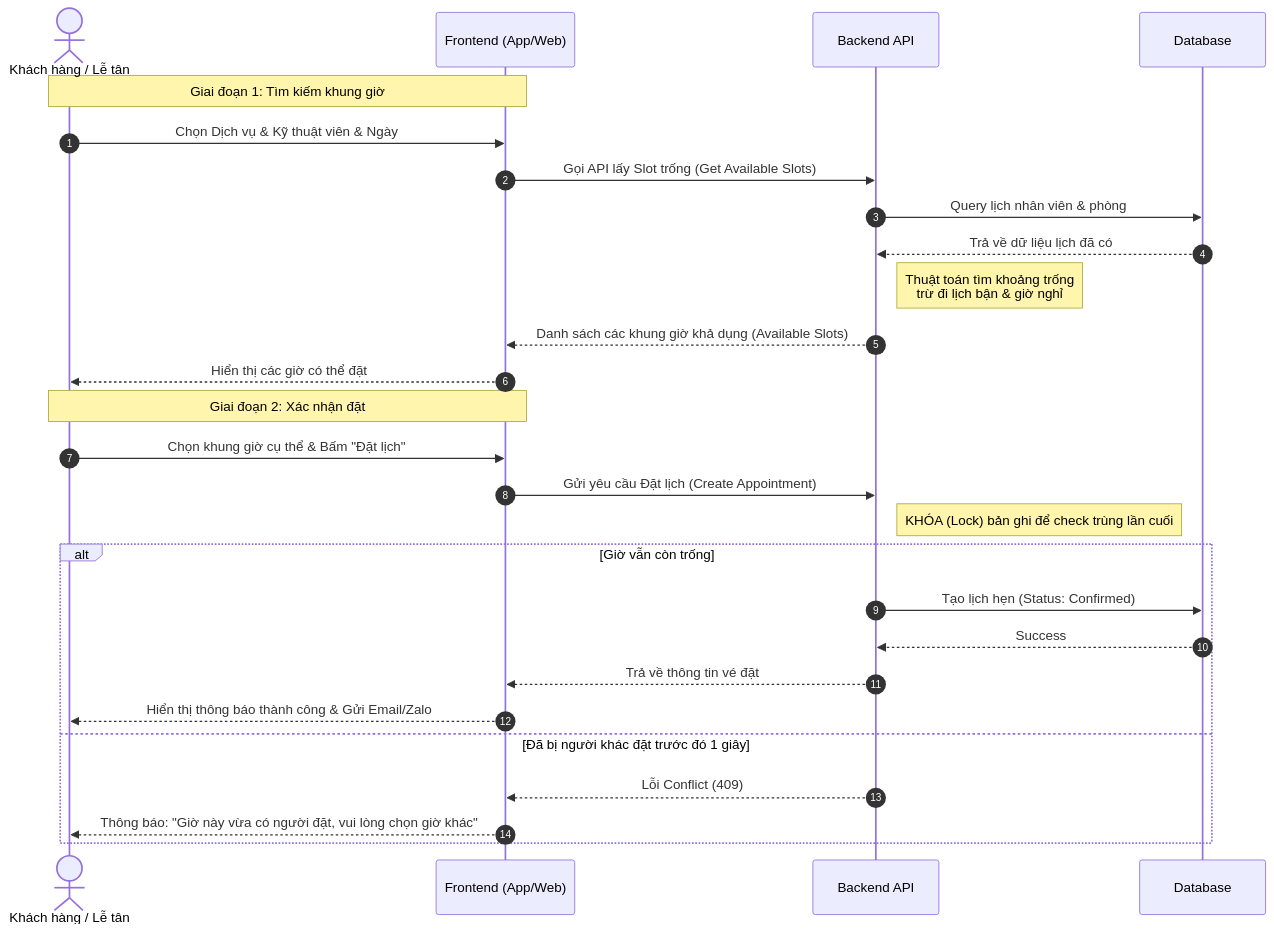
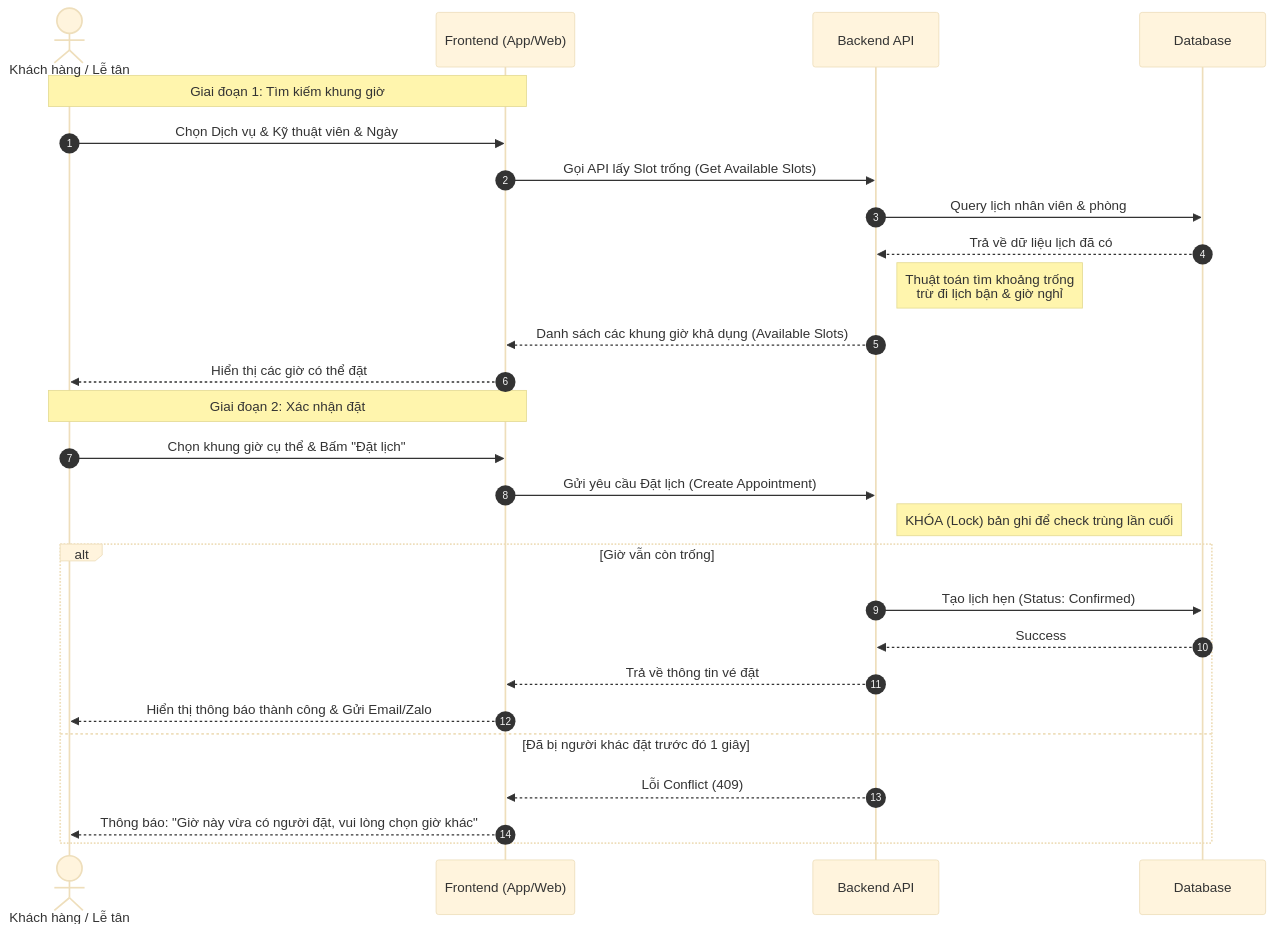
Before and after one commit to ngoctinn/Synapse: the first of 3 diagrams in docs/design/sequence_diagrams.md, drawn with Mermaid. The commit also changed other lines of this file, not shown here.

Commit message:
docs: Add sequence diagrams design document.

````diff
--- a/docs/design/sequence_diagrams.md
+++ b/docs/design/sequence_diagrams.md
@@ -8,37 +8,38 @@
 ```mermaid
+%%{init: {'theme': 'base', 'themeVariables': { 'fontFamily': 'Times New Roman'}}}%%
 sequenceDiagram
     autonumber
     actor User as Khách hàng / Lễ tân
     participant FE as Frontend (App/Web)
     participant BE as Backend API
     participant DB as Database
 
     Note over User, FE: Giai đoạn 1: Tìm kiếm khung giờ
 
     User->>FE: Chọn Dịch vụ & Kỹ thuật viên & Ngày
     FE->>BE: Gọi API lấy Slot trống (Get Available Slots)
     BE->>DB: Query lịch nhân viên & phòng
     DB-->>BE: Trả về dữ liệu lịch đã có
 
     Note right of BE: Thuật toán tìm khoảng trống<br/>trừ đi lịch bận & giờ nghỉ
 
     BE-->>FE: Danh sách các khung giờ khả dụng (Available Slots)
     FE-->>User: Hiển thị các giờ có thể đặt
 
     Note over User, FE: Giai đoạn 2: Xác nhận đặt
 
     User->>FE: Chọn khung giờ cụ thể & Bấm "Đặt lịch"
     FE->>BE: Gửi yêu cầu Đặt lịch (Create Appointment)
 
     Note right of BE: KHÓA (Lock) bản ghi để check trùng lần cuối
 
     alt Giờ vẫn còn trống
         BE->>DB: Tạo lịch hẹn (Status: Confirmed)
         DB-->>BE: Success
         BE-->>FE: Trả về thông tin vé đặt
         FE-->>User: Hiển thị thông báo thành công & Gửi Email/Zalo
     else Đã bị người khác đặt trước đó 1 giây
         BE-->>FE: Lỗi Conflict (409)
         FE-->>User: Thông báo: "Giờ này vừa có người đặt, vui lòng chọn giờ khác"
     end
 ```
````
